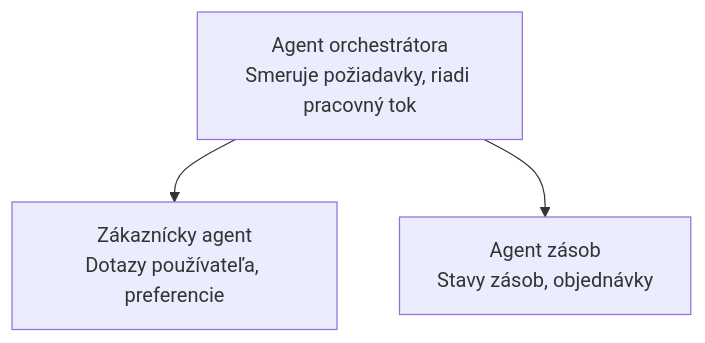
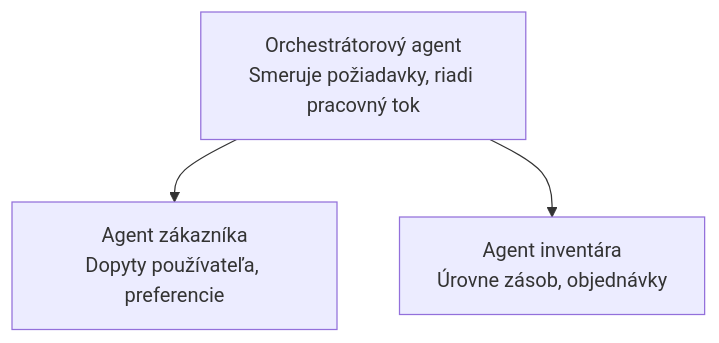
The diagram in translations/sk/docs/chapter-05-multi-agent/README.md (microsoft/AZD-for-beginners), drawn with Mermaid before and after one commit. The commit also changed other lines of this file and 59 other files, not shown here.

````diff
--- a/translations/sk/docs/chapter-05-multi-agent/README.md
+++ b/translations/sk/docs/chapter-05-multi-agent/README.md
@@ -54,5 +54,5 @@
 ```mermaid
 graph TD
-    Orchestrator[Agent orchestrátora<br/>Smeruje požiadavky, riadi pracovný tok] --> Customer[Zákaznícky agent<br/>Dotazy používateľa, preferencie]
-    Orchestrator --> Inventory[Agent zásob<br/>Stavy zásob, objednávky]
+    Orchestrator[Orchestrátorový agent<br/>Smeruje požiadavky, riadi pracovný tok] --> Customer[Agent zákazníka<br/>Dopyty používateľa, preferencie]
+    Orchestrator --> Inventory[Agent inventára<br/>Úrovne zásob, objednávky]
 ```
````
